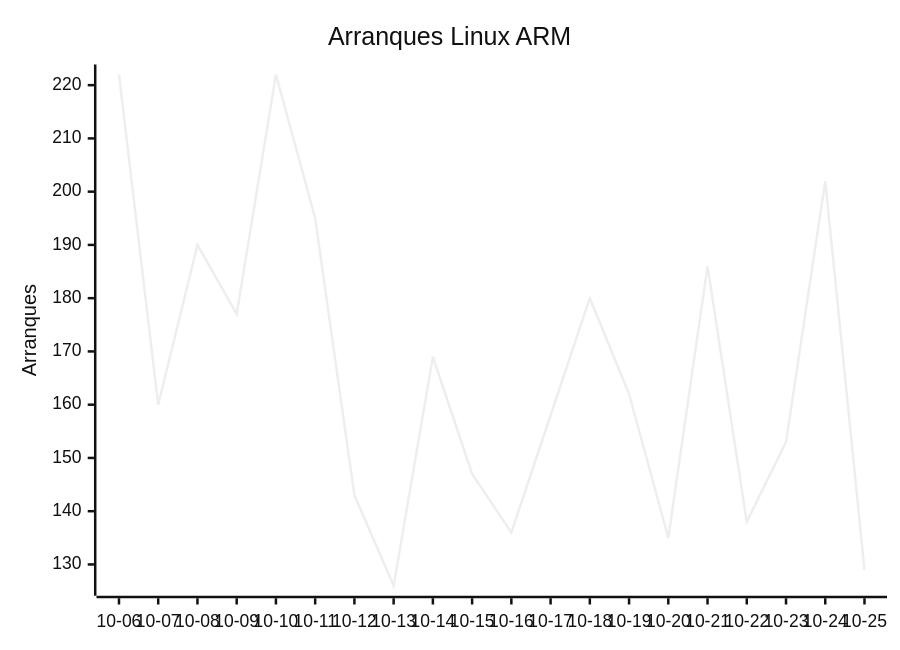
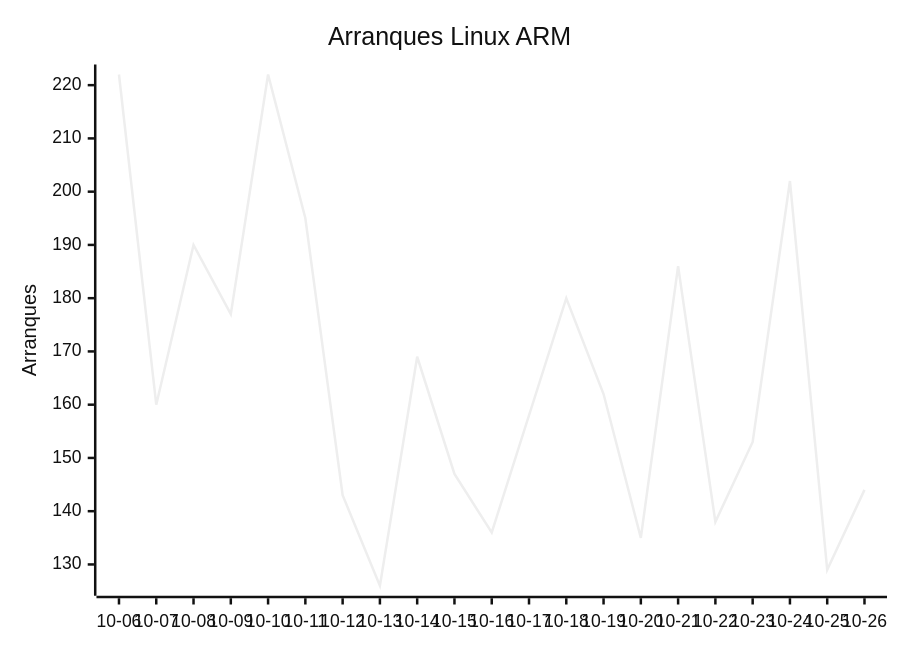
One commit to EmuDeck/stats changed the second of 9 diagrams in README.md. Above: the diagram before and after it, drawn with Mermaid (neutral theme). The commit also changed other lines of this file and 2 other files, not shown here.

````diff
--- a/README.md
+++ b/README.md
@@ -26,7 +26,7 @@
 ```mermaid
 xychart-beta
     title "Arranques Linux ARM"
-    x-axis ["10-06", "10-07", "10-08", "10-09", "10-10", "10-11", "10-12", "10-13", "10-14", "10-15", "10-16", "10-17", "10-18", "10-19", "10-20", "10-21", "10-22", "10-23", "10-24", "10-25"]
+    x-axis ["10-06", "10-07", "10-08", "10-09", "10-10", "10-11", "10-12", "10-13", "10-14", "10-15", "10-16", "10-17", "10-18", "10-19", "10-20", "10-21", "10-22", "10-23", "10-24", "10-25", "10-26"]
     y-axis "Arranques"
-    line [222, 160, 190, 177, 222, 195, 143, 126, 169, 147, 136, 158, 180, 162, 135, 186, 138, 153, 202, 129]
+    line [222, 160, 190, 177, 222, 195, 143, 126, 169, 147, 136, 158, 180, 162, 135, 186, 138, 153, 202, 129, 144]
 ```
````
